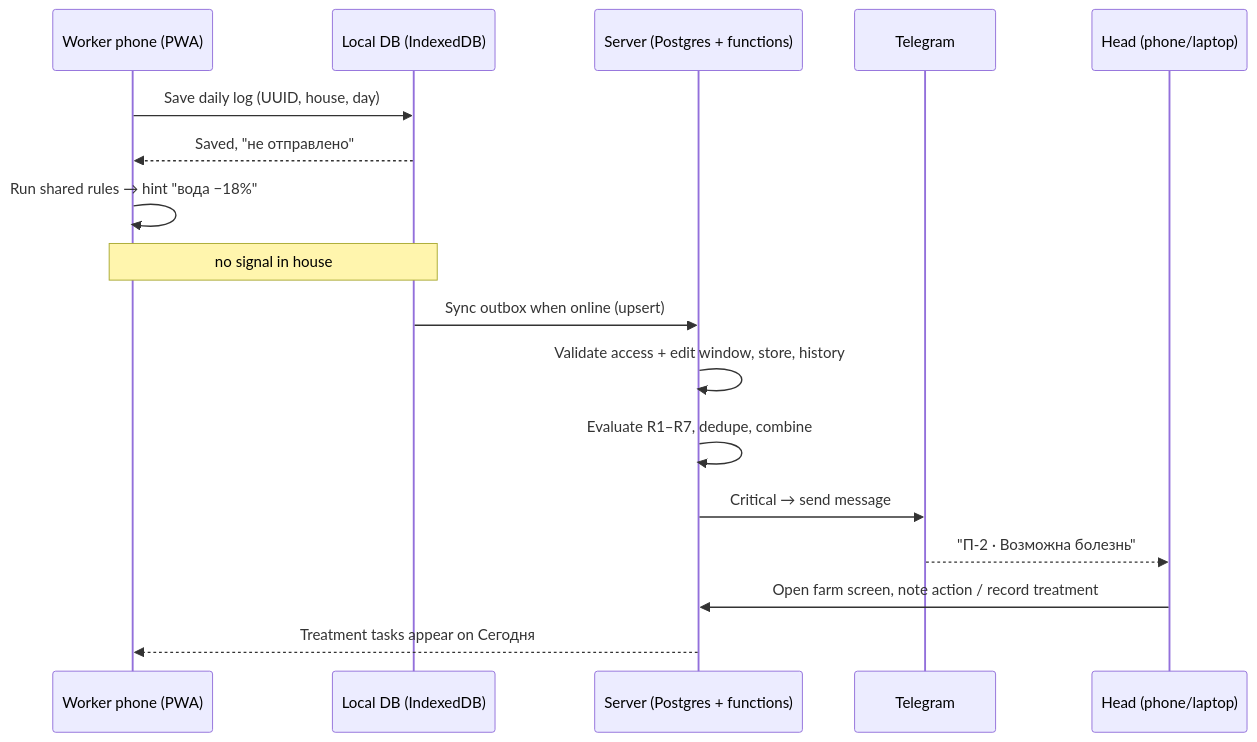
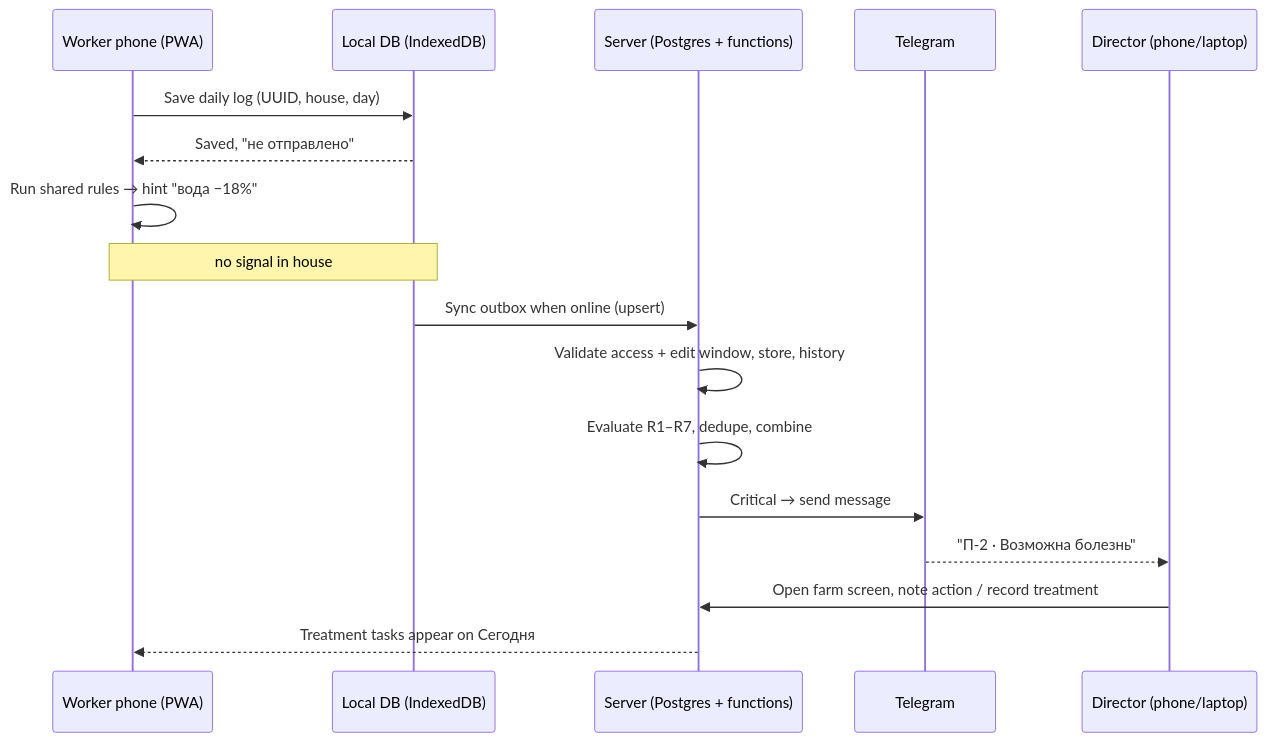
Before and after one commit to Nursul7an/poultry-farm: the first of 3 diagrams in docs/tz-broiler-farm-app.md, drawn with Mermaid. The commit also changed other lines of this file and 10 other files, not shown here.

````diff
--- a/docs/tz-broiler-farm-app.md
+++ b/docs/tz-broiler-farm-app.md
@@ -143,19 +145,19 @@
 ```mermaid
 sequenceDiagram
   participant W as Worker phone (PWA)
   participant L as Local DB (IndexedDB)
   participant S as Server (Postgres + functions)
   participant T as Telegram
-  participant H as Head (phone/laptop)
+  participant H as Director (phone/laptop)
   W->>L: Save daily log (UUID, house, day)
   L-->>W: Saved, "не отправлено"
   W->>W: Run shared rules → hint "вода −18%"
   Note over W,L: no signal in house
   L->>S: Sync outbox when online (upsert)
   S->>S: Validate access + edit window, store, history
   S->>S: Evaluate R1–R7, dedupe, combine
   S->>T: Critical → send message
   T-->>H: "П-2 · Возможна болезнь"
   H->>S: Open farm screen, note action / record treatment
   S-->>W: Treatment tasks appear on Сегодня
 ```
````
